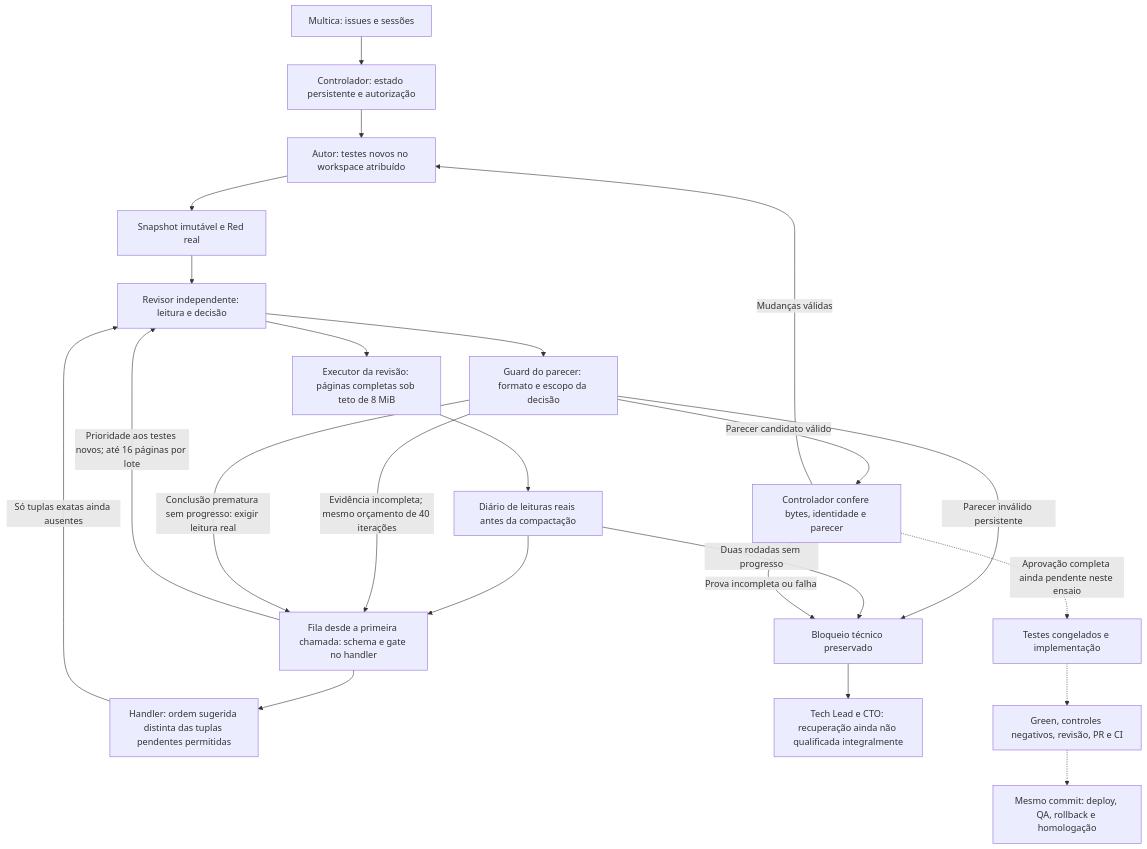
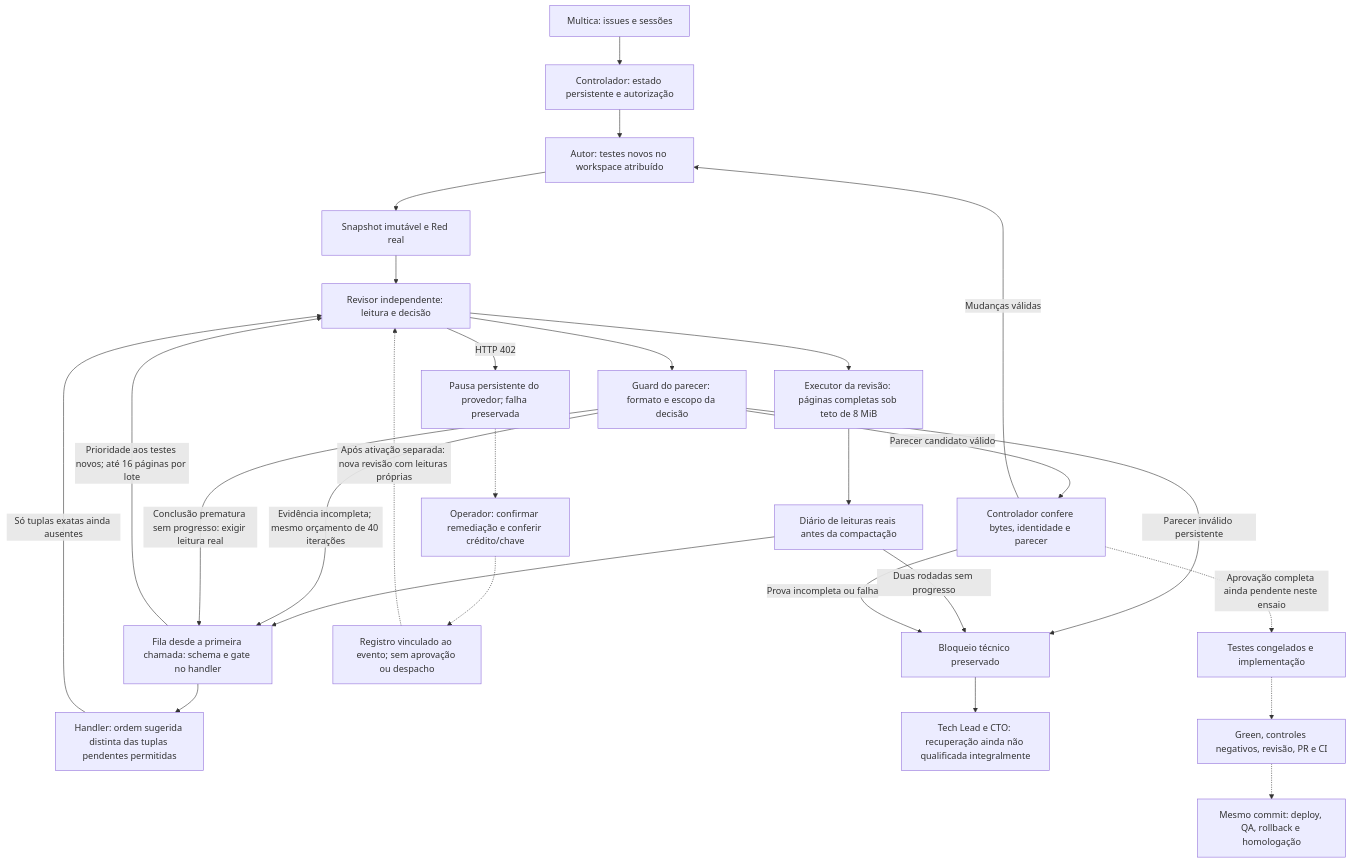
The diagram in docs/ARCHITECTURE.md (codifydeep/fabriquinha), drawn with Mermaid before and after one commit. The commit also changed other lines of this file and 8 other files, not shown here.

````diff
--- a/docs/ARCHITECTURE.md
+++ b/docs/ARCHITECTURE.md
@@ -35,25 +36,29 @@
 ```mermaid
 flowchart TD
     M[Multica: issues e sessões] --> C[Controlador: estado persistente e autorização]
     C --> A[Autor: testes novos no workspace atribuído]
     A --> S[Snapshot imutável e Red real]
     S --> R[Revisor independente: leitura e decisão]
     R --> O[Executor da revisão: páginas completas sob teto de 8 MiB]
     O --> J[Diário de leituras reais antes da compactação]
     J --> P[Fila desde a primeira chamada: schema e gate no handler]
     P -->|Prioridade aos testes novos; até 16 páginas por lote| R
     P --> N[Handler: ordem sugerida distinta das tuplas pendentes permitidas]
     N -->|Só tuplas exatas ainda ausentes| R
     R --> F[Guard do parecer: formato e escopo da decisão]
     F -->|Evidência incompleta; mesmo orçamento de 40 iterações| P
     F -->|Conclusão prematura sem progresso: exigir leitura real| P
     F -->|Parecer inválido persistente| B
     J -->|Duas rodadas sem progresso| B[Bloqueio técnico preservado]
     F -->|Parecer candidato válido| E[Controlador confere bytes, identidade e parecer]
     E -->|Mudanças válidas| A
     E -->|Prova incompleta ou falha| B
     B --> T[Tech Lead e CTO: recuperação ainda não qualificada integralmente]
+    R -->|HTTP 402| V[Pausa persistente do provedor; falha preservada]
+    V -.-> U[Operador: confirmar remediação e conferir crédito/chave]
+    U -.-> K[Registro vinculado ao evento; sem aprovação ou despacho]
+    K -.->|Após ativação separada: nova revisão com leituras próprias| R
     E -.->|Aprovação completa ainda pendente neste ensaio| G[Testes congelados e implementação]
     G -.-> D[Green, controles negativos, revisão, PR e CI]
     D -.-> H[Mesmo commit: deploy, QA, rollback e homologação]
 ```
````
